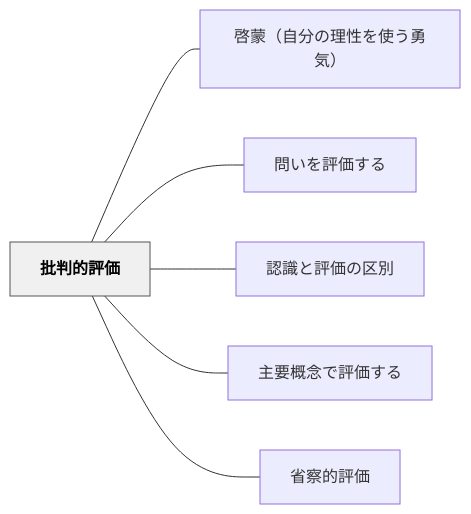
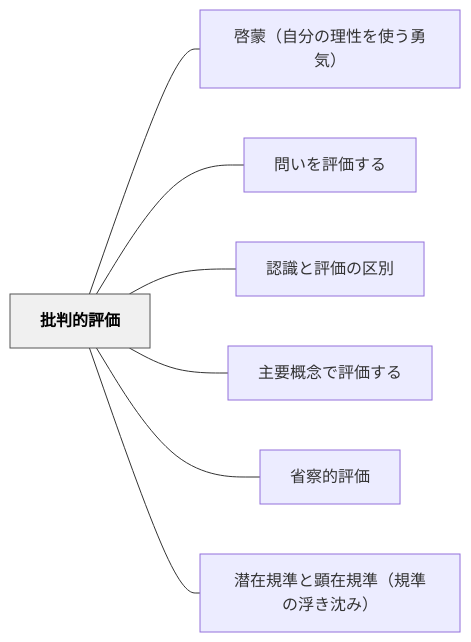
One commit to unknownthings-ed-patterns/unknownthings-ed-patterns changed the diagram in content/パタン/批判的評価.md. Above: the diagram before and after it, drawn with Mermaid. The commit also changed other lines of this file and 42 other files, not shown here.

````diff
--- a/content/パタン/批判的評価.md
+++ b/content/パタン/批判的評価.md
@@ -40,18 +40,20 @@
 ```mermaid
 flowchart LR
     ne689b9e588a4e79a84e8a995e4bea1["批判的評価"]
     ne59593e89299efbc88e887aae58886e381aee79086e680a7e38292e4bdbfe38186e58b87e6b097efbc89["啓蒙（自分の理性を使う勇気）"]
     ne5958fe38184e38292e8a995e4bea1e38199e3828b["問いを評価する"]
     ne8aa8de8ad98e381a8e8a995e4bea1e381aee58cbae588a5["認識と評価の区別"]
     ne4b8bbe8a681e6a682e5bfb5e381a7e8a995e4bea1e38199e3828b["主要概念で評価する"]
     ne79c81e5af9fe79a84e8a995e4bea1["省察的評価"]
+    ne6bd9ce59ca8e8a68fe6ba96e381a8e9a195e59ca8e8a68fe6ba96efbc88e8a68fe6ba96e381aee6b5aee3818de6b288e381bfefbc89["潜在規準と顕在規準（規準の浮き沈み）"]
 
     ne689b9e588a4e79a84e8a995e4bea1 --- ne59593e89299efbc88e887aae58886e381aee79086e680a7e38292e4bdbfe38186e58b87e6b097efbc89
     ne689b9e588a4e79a84e8a995e4bea1 --- ne5958fe38184e38292e8a995e4bea1e38199e3828b
     ne689b9e588a4e79a84e8a995e4bea1 --- ne8aa8de8ad98e381a8e8a995e4bea1e381aee58cbae588a5
     ne689b9e588a4e79a84e8a995e4bea1 --- ne4b8bbe8a681e6a682e5bfb5e381a7e8a995e4bea1e38199e3828b
     ne689b9e588a4e79a84e8a995e4bea1 --- ne79c81e5af9fe79a84e8a995e4bea1
+    ne689b9e588a4e79a84e8a995e4bea1 --- ne6bd9ce59ca8e8a68fe6ba96e381a8e9a195e59ca8e8a68fe6ba96efbc88e8a68fe6ba96e381aee6b5aee3818de6b288e381bfefbc89
 
     classDef hub fill:#f0f0f0,stroke:#555,color:#000,font-weight:bold
     class ne689b9e588a4e79a84e8a995e4bea1 hub
 ```
````
